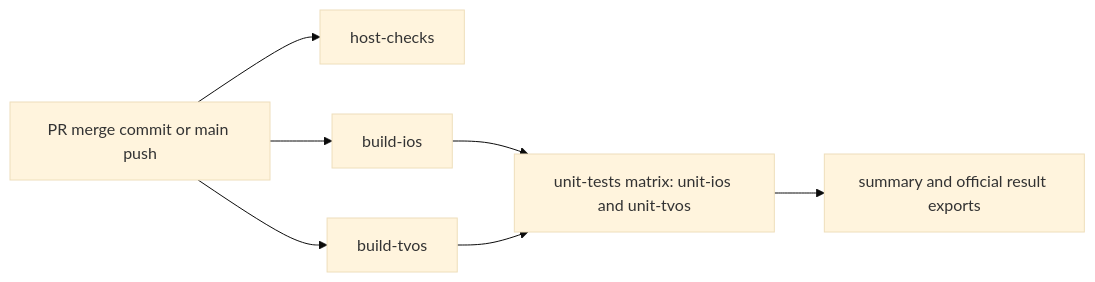
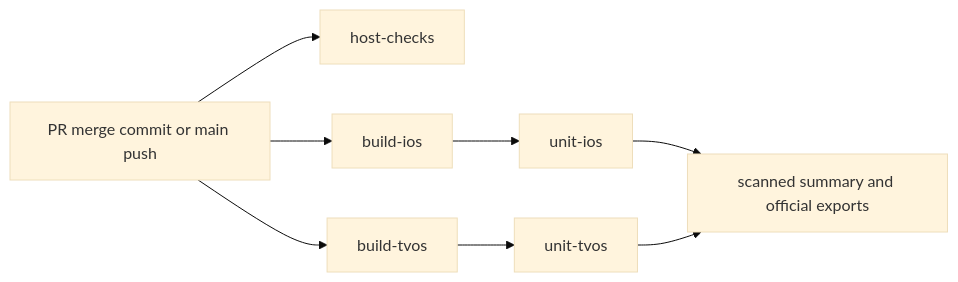
The diagram in docs/CI_UNIT_TESTS.md (sudoHG/immichSlides), drawn with Mermaid (base theme) before and after one commit. The commit also changed other lines of this file and 5 other files, not shown here.

````diff
--- a/docs/CI_UNIT_TESTS.md
+++ b/docs/CI_UNIT_TESTS.md
@@ -11,9 +11,10 @@
 ```mermaid
 flowchart LR
     PR[PR merge commit or main push] --> H[host-checks]
     PR --> I[build-ios]
     PR --> T[build-tvos]
-    I --> A[unit-tests matrix: unit-ios and unit-tvos]
-    T --> A
-    A --> R[summary and official result exports]
+    I --> U[unit-ios]
+    T --> V[unit-tvos]
+    U --> R[scanned summary and official exports]
+    V --> R
 ```
````
